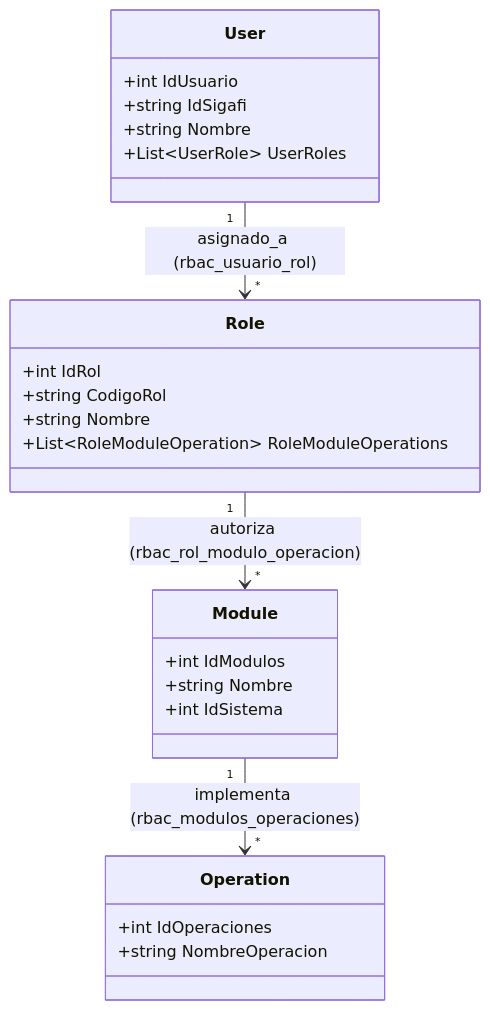
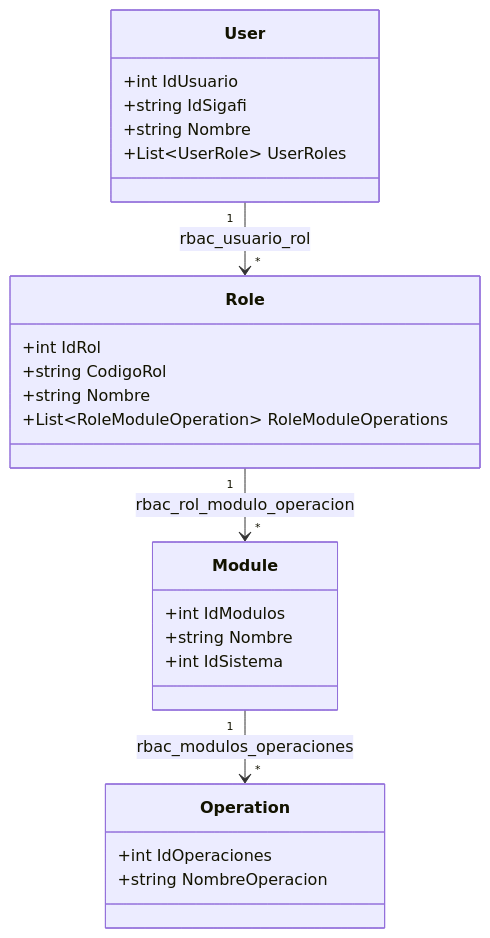
Before and after one commit to JorgeDoicela/dosier: the second of 2 diagrams in docs/documentacion/02-backend-servicios/02-autenticacion-sso-y-rbac.md, drawn with Mermaid. The commit also changed other lines of this file and 35 other files, not shown here.

````diff
--- a/docs/documentacion/02-backend-servicios/02-autenticacion-sso-y-rbac.md
+++ b/docs/documentacion/02-backend-servicios/02-autenticacion-sso-y-rbac.md
@@ -62,31 +90,31 @@
 ```mermaid
 classDiagram
     class User {
         +int IdUsuario
         +string IdSigafi
         +string Nombre
         +List~UserRole~ UserRoles
     }
 
     class Role {
         +int IdRol
         +string CodigoRol
         +string Nombre
         +List~RoleModuleOperation~ RoleModuleOperations
     }
 
     class Module {
         +int IdModulos
         +string Nombre
         +int IdSistema
     }
 
     class Operation {
         +int IdOperaciones
         +string NombreOperacion
     }
 
-    User "1" --> "*" Role : asignado_a (rbac_usuario_rol)
-    Role "1" --> "*" Module : autoriza (rbac_rol_modulo_operacion)
-    Module "1" --> "*" Operation : implementa (rbac_modulos_operaciones)
+    User "1" --> "*" Role : rbac_usuario_rol
+    Role "1" --> "*" Module : rbac_rol_modulo_operacion
+    Module "1" --> "*" Operation : rbac_modulos_operaciones
 ```
````
